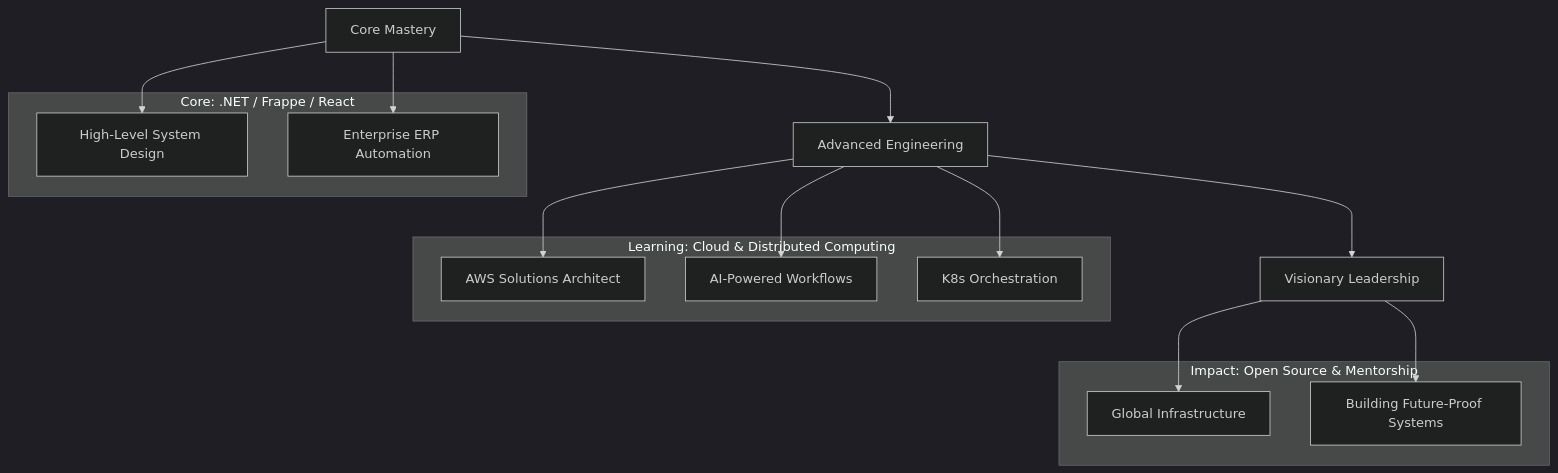
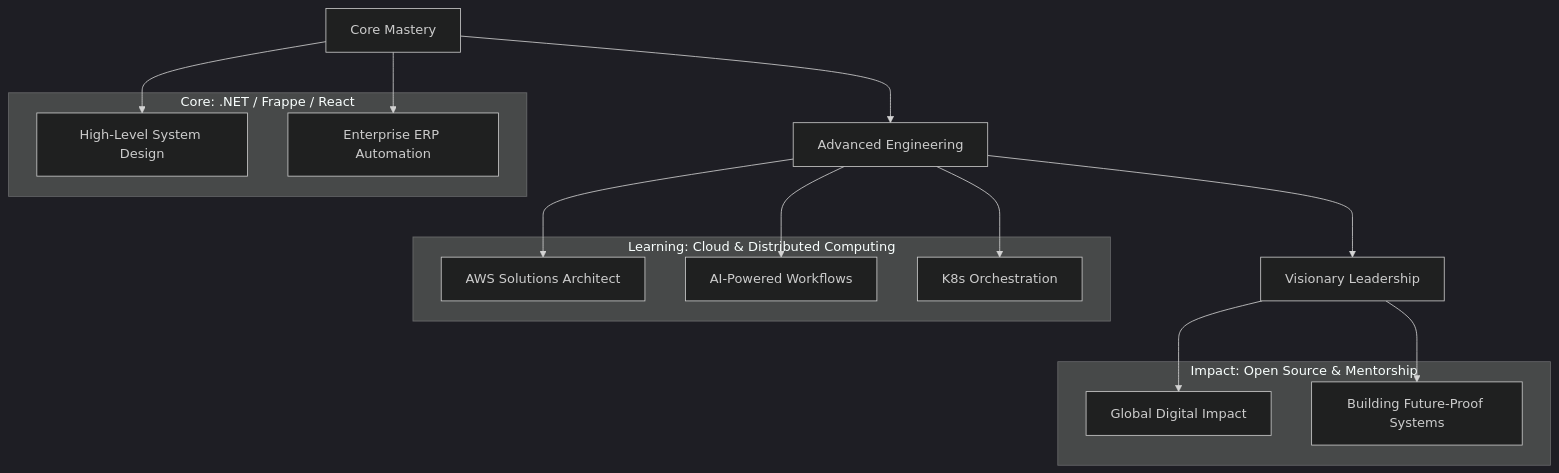
Before and after one commit to BinaDev29/BinaDev29: the diagram in README.md, drawn with Mermaid (dark theme). The commit also changed other lines of this file, not shown here.

````diff
--- a/README.md
+++ b/README.md
@@ -180,25 +180,25 @@
 ```mermaid
 graph TD
     A[Core Mastery] --> B[Advanced Engineering]
     B --> C[Visionary Leadership]
     
     subgraph "Core: .NET / Frappe / React"
     A1[High-Level System Design]
     A2[Enterprise ERP Automation]
     end
     
     subgraph "Learning: Cloud & Distributed Computing"
     B1[AWS Solutions Architect]
     B2[AI-Powered Workflows]
     B3[K8s Orchestration]
     end
     
     subgraph "Impact: Open Source & Mentorship"
-    C1[Global Infrastructure]
+    C1[Global Digital Impact]
     C2[Building Future-Proof Systems]
     end
     
     A --> A1 & A2
     B --> B1 & B2 & B3
     C --> C1 & C2
 ```
````
